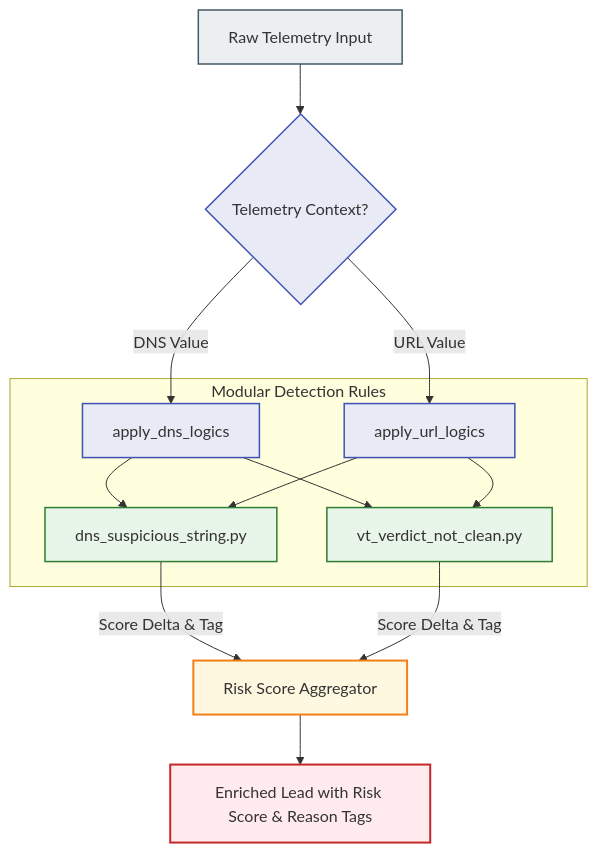
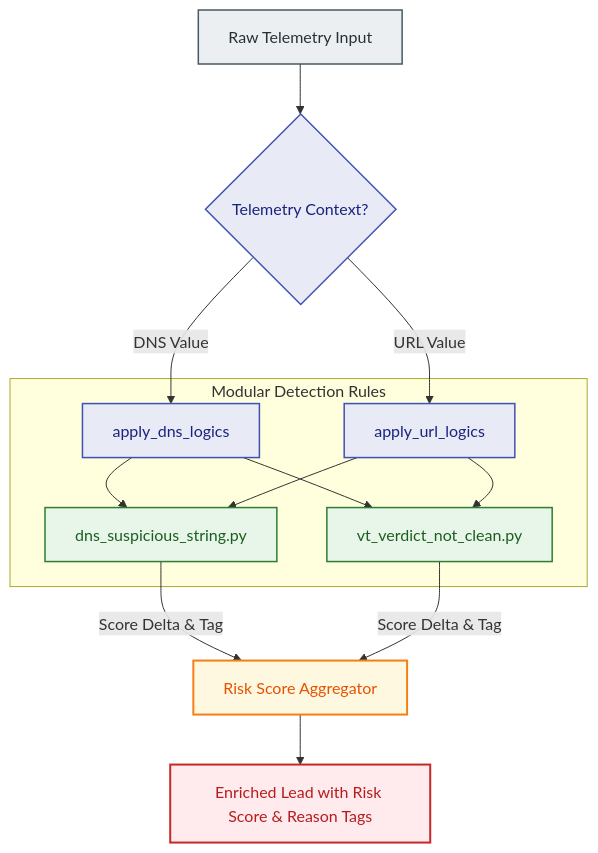
Before and after one commit to Cyber-Threat-Hunting-Playground/m-ath-threat-hunting-catalog: the second of 2 diagrams in README.md, drawn with Mermaid. The commit also changed 1 other file, not shown here.

Commit message:
docs: add development guide and update Mermaid chart styling in README

````diff
--- a/README.md
+++ b/README.md
@@ -89,26 +89,26 @@
 ```mermaid
 flowchart TD
-    classDef inputStyle fill:#ECEFF1,stroke:#455A64,stroke-width:1.5px;
-    classDef routerStyle fill:#E8EAF6,stroke:#3F51B5,stroke-width:1.5px;
-    classDef logicStyle fill:#E8F5E9,stroke:#2E7D32,stroke-width:1.5px;
-    classDef aggStyle fill:#FFF8E1,stroke:#F57F17,stroke-width:2px;
-    classDef outStyle fill:#FFEBEE,stroke:#C62828,stroke-width:2px;
+    classDef inputStyle fill:#ECEFF1,stroke:#455A64,stroke-width:1.5px,color:#263238;
+    classDef routerStyle fill:#E8EAF6,stroke:#3F51B5,stroke-width:1.5px,color:#1A237E;
+    classDef logicStyle fill:#E8F5E9,stroke:#2E7D32,stroke-width:1.5px,color:#1B5E20;
+    classDef aggStyle fill:#FFF8E1,stroke:#F57F17,stroke-width:2px,color:#E65100;
+    classDef outStyle fill:#FFEBEE,stroke:#C62828,stroke-width:2px,color:#B71C1C;
 
     Raw[Raw Telemetry Input]:::inputStyle --> Router{Telemetry Context?}:::routerStyle
     
     Router -->|DNS Value| DNS[apply_dns_logics]:::routerStyle
     Router -->|URL Value| URL[apply_url_logics]:::routerStyle
     
     subgraph Logics [Modular Detection Rules]
         DNS --> DNS_Susp[dns_suspicious_string.py]:::logicStyle
         URL --> DNS_Susp
         
         DNS --> VT_Verd[vt_verdict_not_clean.py]:::logicStyle
         URL --> VT_Verd
     end
     
     DNS_Susp -->|Score Delta & Tag| Agg[Risk Score Aggregator]:::aggStyle
     VT_Verd -->|Score Delta & Tag| Agg
     
     Agg --> Output[Enriched Lead with Risk Score & Reason Tags]:::outStyle
 ```
````
